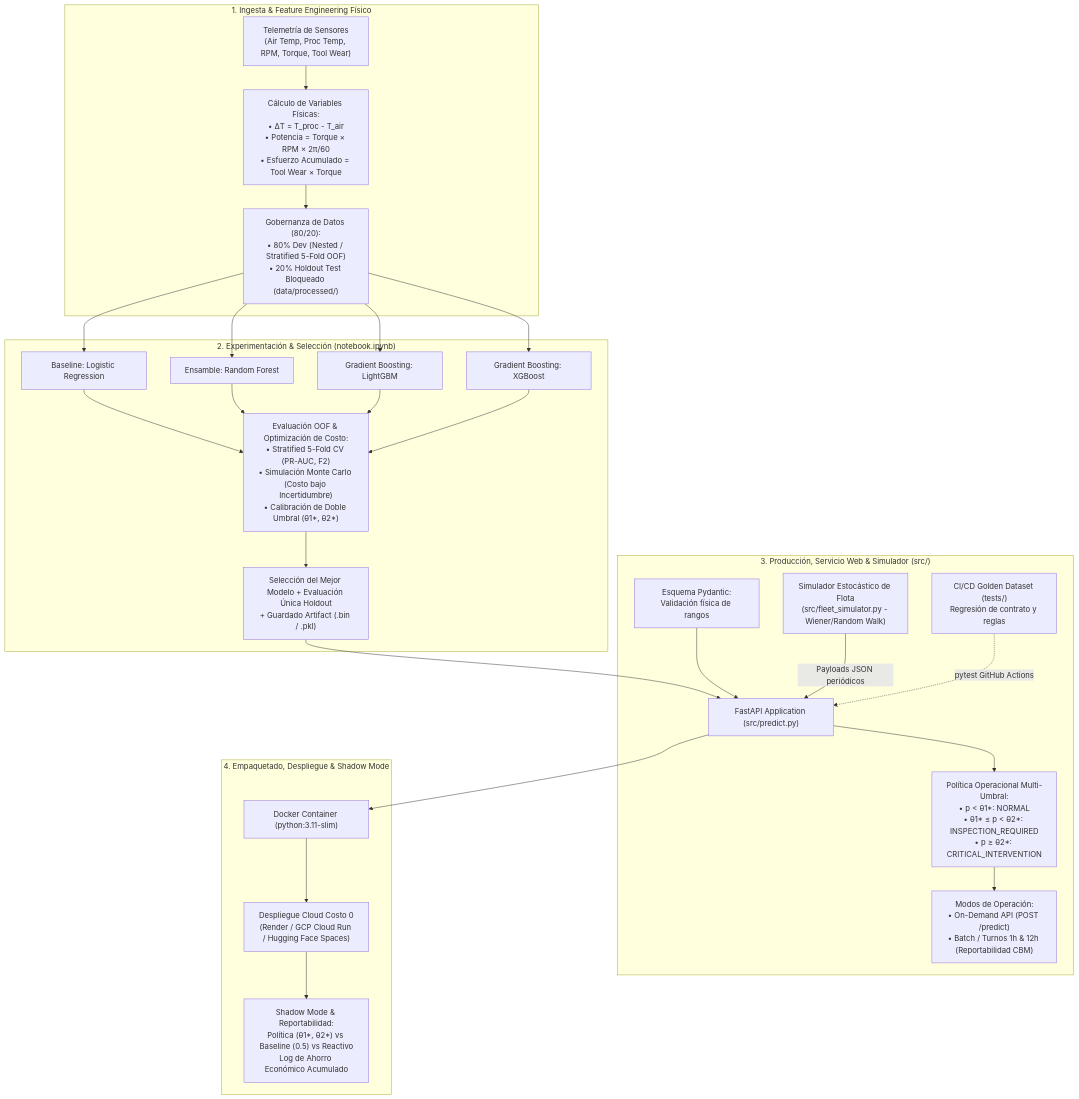
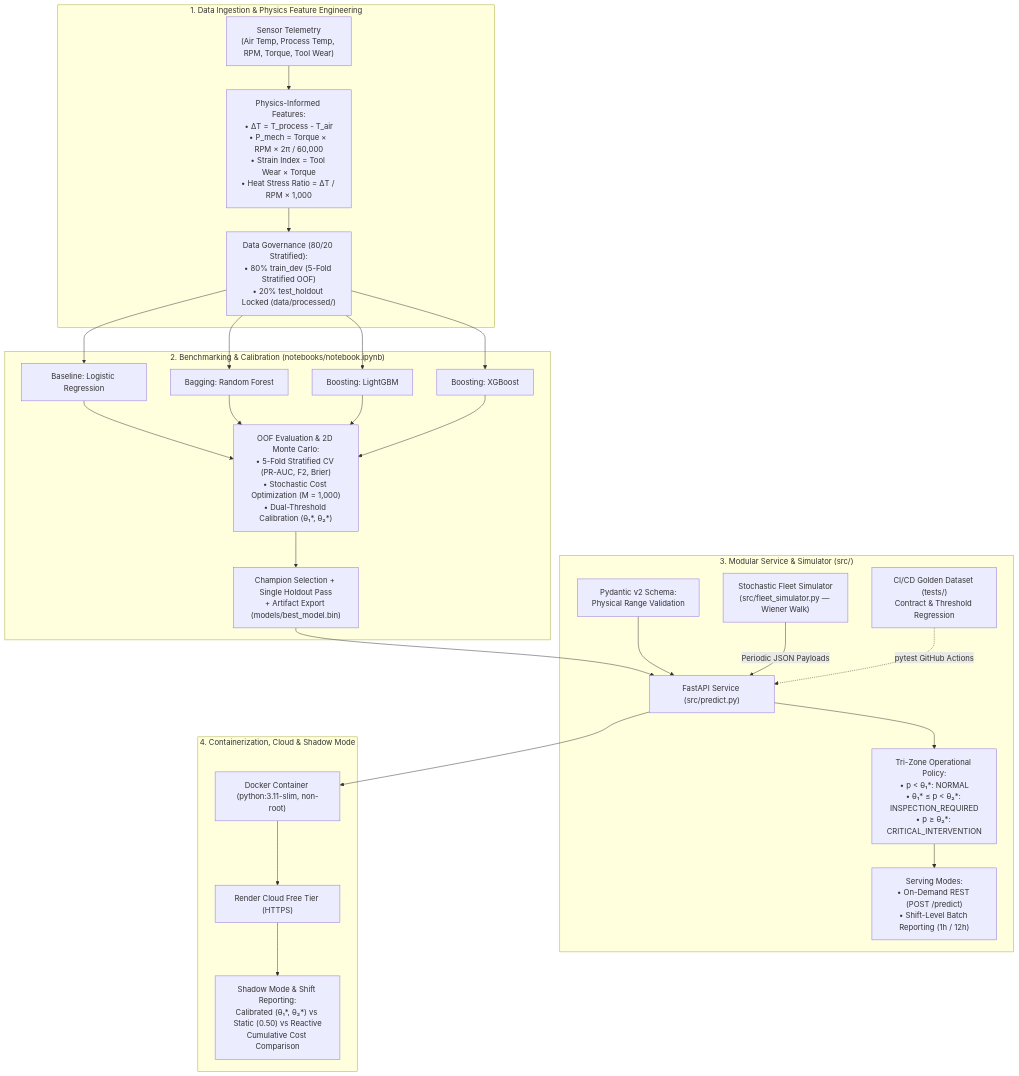
One commit to mpueblarivera/fleetreliability-ai changed the diagram in docs/PLAN.md. Above: the diagram before and after it, drawn with Mermaid. The commit also changed other lines of this file and 1 other file, not shown here.

Commit message:
docs: fix GitHub Markdown/MathJax rendering, remove title emojis and polish PLAN.md for reviewers

````diff
--- a/docs/PLAN.md
+++ b/docs/PLAN.md
@@ -22,31 +22,31 @@
 ```mermaid
 flowchart TD
-    subgraph DataIngestion ["1. Ingesta & Feature Engineering Físico"]
-        D1["Telemetría de Sensores<br/>(Air Temp, Proc Temp, RPM, Torque, Tool Wear)"] --> FE["Cálculo de Variables Físicas:<br/>• ΔT = T_proc - T_air<br/>• Potencia = Torque × RPM × 2π/60<br/>• Esfuerzo Acumulado = Tool Wear × Torque"]
-        FE --> Split["Gobernanza de Datos (80/20):<br/>• 80% Dev (Nested / Stratified 5-Fold OOF)<br/>• 20% Holdout Test Bloqueado (data/processed/)"]
+    subgraph DataIngestion ["1. Data Ingestion & Physics Feature Engineering"]
+        D1["Sensor Telemetry<br/>(Air Temp, Process Temp, RPM, Torque, Tool Wear)"] --> FE["Physics-Informed Features:<br/>• ΔT = T_process - T_air<br/>• P_mech = Torque × RPM × 2π / 60,000<br/>• Strain Index = Tool Wear × Torque<br/>• Heat Stress Ratio = ΔT / RPM × 1,000"]
+        FE --> Split["Data Governance (80/20 Stratified):<br/>• 80% train_dev (5-Fold Stratified OOF)<br/>• 20% test_holdout Locked (data/processed/)"]
     end
 
-    subgraph Experimentation ["2. Experimentación & Selección (notebook.ipynb)"]
+    subgraph Experimentation ["2. Benchmarking & Calibration (notebooks/notebook.ipynb)"]
         Split --> M1["Baseline: Logistic Regression"]
-        Split --> M2["Ensamble: Random Forest"]
-        Split --> M3["Gradient Boosting: LightGBM"]
-        Split --> M4["Gradient Boosting: XGBoost"]
-        M1 & M2 & M3 & M4 --> Eval["Evaluación OOF & Optimización de Costo:<br/>• Stratified 5-Fold CV (PR-AUC, F2)<br/>• Simulación Monte Carlo (Costo bajo Incertidumbre)<br/>• Calibración de Doble Umbral (θ1*, θ2*)"]
-        Eval --> Best["Selección del Mejor Modelo + Evaluación Única Holdout<br/>+ Guardado Artifact (.bin / .pkl)"]
+        Split --> M2["Bagging: Random Forest"]
+        Split --> M3["Boosting: LightGBM"]
+        Split --> M4["Boosting: XGBoost"]
+        M1 & M2 & M3 & M4 --> Eval["OOF Evaluation & 2D Monte Carlo:<br/>• 5-Fold Stratified CV (PR-AUC, F2, Brier)<br/>• Stochastic Cost Optimization (M = 1,000)<br/>• Dual-Threshold Calibration (θ₁*, θ₂*)"]
+        Eval --> Best["Champion Selection + Single Holdout Pass<br/>+ Artifact Export (models/best_model.bin)"]
     end
 
-    subgraph Production ["3. Producción, Servicio Web & Simulador (src/)"]
-        Best --> API["FastAPI Application (src/predict.py)"]
-        Pydantic["Esquema Pydantic:<br/>Validación física de rangos"] --> API
-        API --> Policy["Política Operacional Multi-Umbral:<br/>• p < θ1*: NORMAL<br/>• θ1* ≤ p < θ2*: INSPECTION_REQUIRED<br/>• p ≥ θ2*: CRITICAL_INTERVENTION"]
-        Policy --> Modes["Modos de Operación:<br/>• On-Demand API (POST /predict)<br/>• Batch / Turnos 1h & 12h (Reportabilidad CBM)"]
-        Sim["Simulador Estocástico de Flota<br/>(src/fleet_simulator.py - Wiener/Random Walk)"] -->|Payloads JSON periódicos| API
-        Golden["CI/CD Golden Dataset (tests/)<br/>Regresión de contrato y reglas"] -.->|pytest GitHub Actions| API
+    subgraph Production ["3. Modular Service & Simulator (src/)"]
+        Best --> API["FastAPI Service (src/predict.py)"]
+        Pydantic["Pydantic v2 Schema:<br/>Physical Range Validation"] --> API
+        API --> Policy["Tri-Zone Operational Policy:<br/>• p < θ₁*: NORMAL<br/>• θ₁* ≤ p < θ₂*: INSPECTION_REQUIRED<br/>• p ≥ θ₂*: CRITICAL_INTERVENTION"]
+        Policy --> Modes["Serving Modes:<br/>• On-Demand REST (POST /predict)<br/>• Shift-Level Batch Reporting (1h / 12h)"]
+        Sim["Stochastic Fleet Simulator<br/>(src/fleet_simulator.py — Wiener Walk)"] -->|Periodic JSON Payloads| API
+        Golden["CI/CD Golden Dataset (tests/)<br/>Contract & Threshold Regression"] -.->|pytest GitHub Actions| API
     end
 
-    subgraph Deployment ["4. Empaquetado, Despliegue & Shadow Mode"]
-        API --> Docker["Docker Container (python:3.11-slim)"]
-        Docker --> Cloud["Despliegue Cloud Costo 0<br/>(Render / GCP Cloud Run / Hugging Face Spaces)"]
-        Cloud --> Shadow["Shadow Mode & Reportabilidad:<br/>Política (θ1*, θ2*) vs Baseline (0.5) vs Reactivo<br/>Log de Ahorro Económico Acumulado"]
+    subgraph Deployment ["4. Containerization, Cloud & Shadow Mode"]
+        API --> Docker["Docker Container (python:3.11-slim, non-root)"]
+        Docker --> Cloud["Render Cloud Free Tier (HTTPS)"]
+        Cloud --> Shadow["Shadow Mode & Shift Reporting:<br/>Calibrated (θ₁*, θ₂*) vs Static (0.50) vs Reactive<br/>Cumulative Cost Comparison"]
     end
 ```
````
